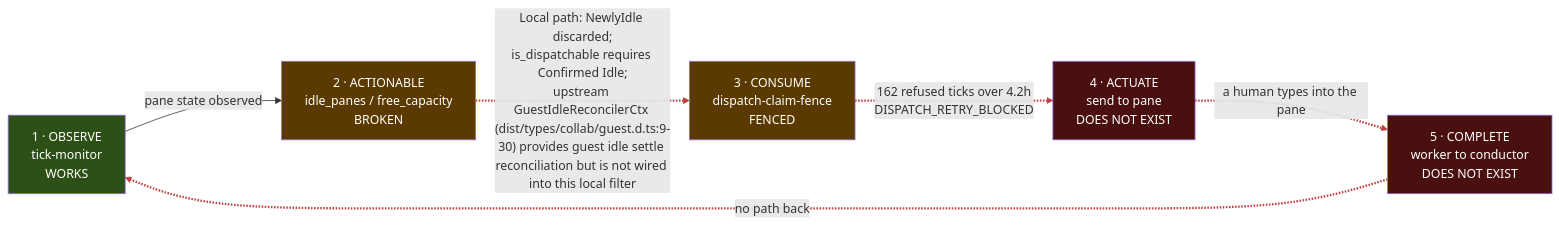
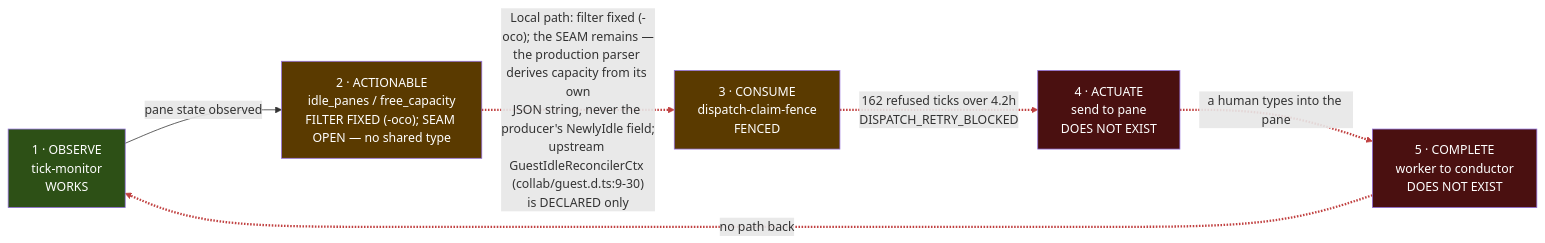
One commit to JYeswak/omp-orchestrator changed the third of 6 diagrams in docs/plan/04-diagrams.md. Above: the diagram before and after it, drawn with Mermaid. The commit also changed other lines of this file and 4 other files, not shown here.

````diff
--- a/docs/plan/04-diagrams.md
+++ b/docs/plan/04-diagrams.md
@@ -178,25 +179,25 @@
 ```mermaid
 graph LR
     OBS["1 · OBSERVE<br/>tick-monitor<br/>WORKS"]
-    ACT["2 · ACTIONABLE<br/>idle_panes / free_capacity<br/>BROKEN"]
+    ACT["2 · ACTIONABLE<br/>idle_panes / free_capacity<br/>FILTER FIXED (-oco); SEAM OPEN — no shared type"]
     CON["3 · CONSUME<br/>dispatch-claim-fence<br/>FENCED"]
     ACU["4 · ACTUATE<br/>send to pane<br/>DOES NOT EXIST"]
     CMP["5 · COMPLETE<br/>worker to conductor<br/>DOES NOT EXIST"]
 
     OBS -->|pane state observed| ACT
-    ACT -.->|"Local path: NewlyIdle discarded;<br/>is_dispatchable requires Confirmed Idle;<br/>upstream GuestIdleReconcilerCtx (dist/types/collab/guest.d.ts:9-30) provides guest idle settle reconciliation but is not wired into this local filter"| CON
+    ACT -.->|"Local path: filter fixed (-oco); the SEAM remains —<br/>the production parser derives capacity from its own<br/>JSON string, never the producer's NewlyIdle field;<br/>upstream GuestIdleReconcilerCtx (collab/guest.d.ts:9-30)<br/>is DECLARED only"| CON
     CON -.->|"162 refused ticks over 4.2h<br/>DISPATCH_RETRY_BLOCKED"| ACU
     ACU -.->|"a human types into the pane"| CMP
     CMP -.->|"no path back"| OBS
 
     style OBS fill:#2d5016,color:#fff
     style ACT fill:#5a3a00,color:#fff
     style CON fill:#5a3a00,color:#fff
     style ACU fill:#4a1010,color:#fff
     style CMP fill:#4a1010,color:#fff
 
     linkStyle 1 stroke:#c04040,stroke-width:3px
     linkStyle 2 stroke:#c04040,stroke-width:3px
     linkStyle 3 stroke:#c04040,stroke-width:3px
     linkStyle 4 stroke:#c04040,stroke-width:3px
 ```
````
